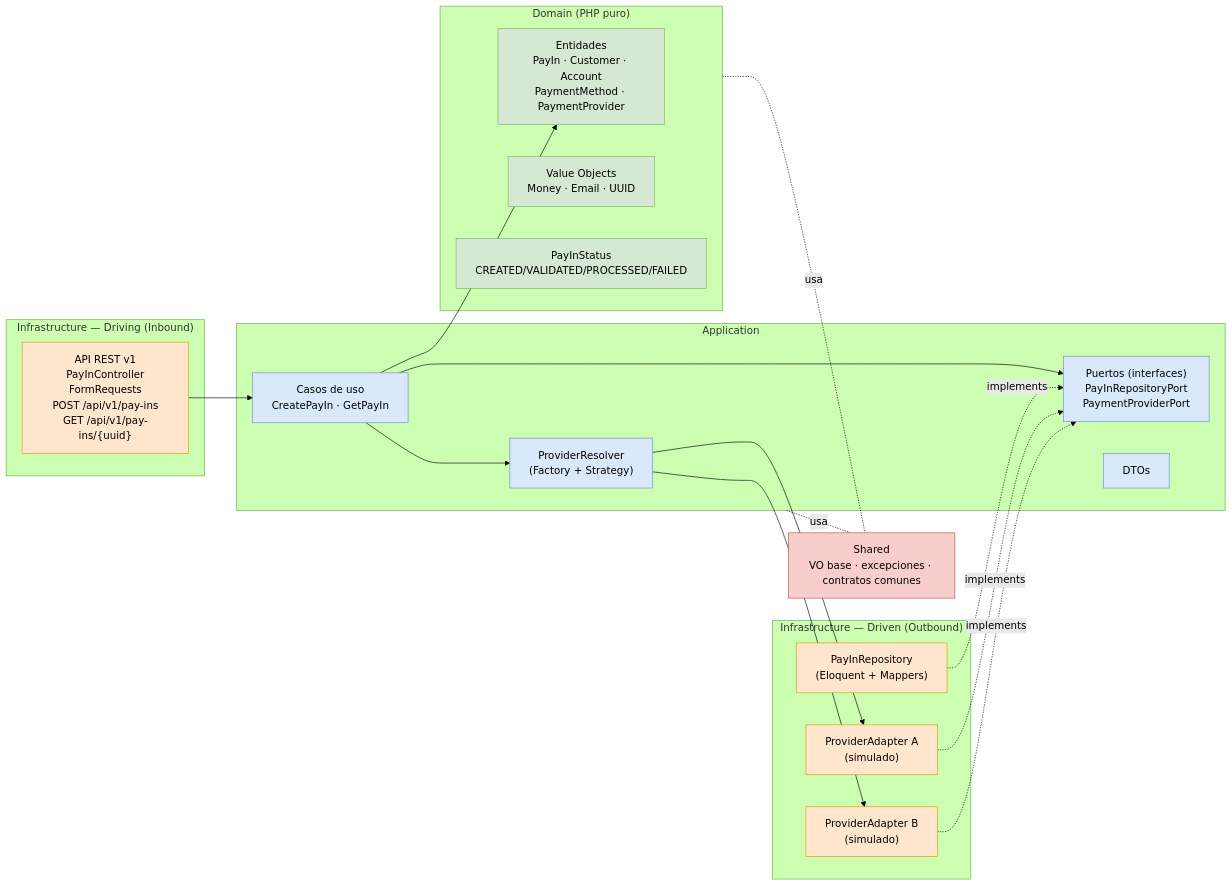
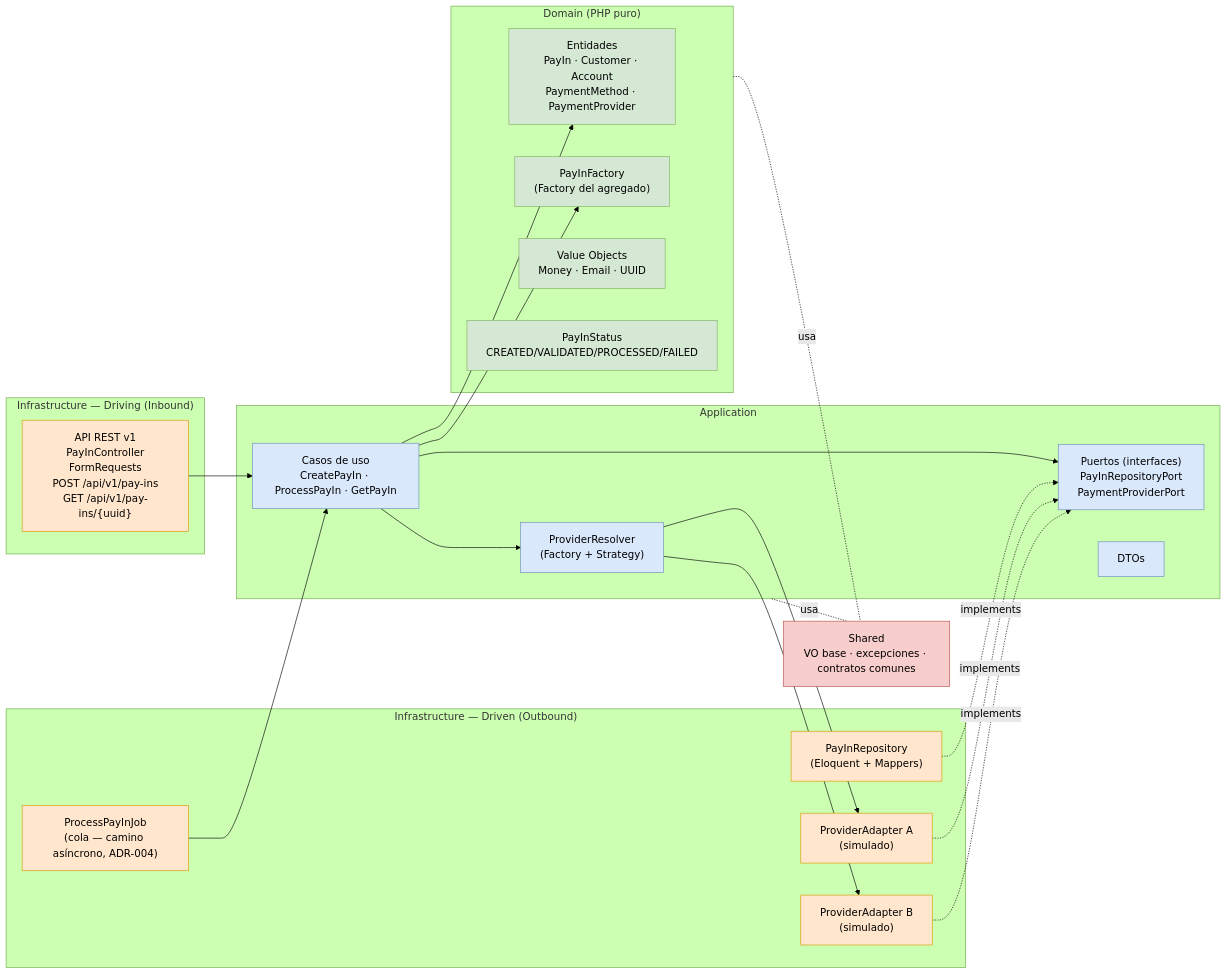
Before and after one commit to anheru88/Revolutiva-Challenge: the diagram in docs/diagrams/architecture.md, drawn with Mermaid (forest theme). The commit also changed other lines of this file and 5 other files, not shown here.

First line of the commit message:
docs: record ADR-010 and ADR-011, refresh diagrams and Pest output

````diff
--- a/docs/diagrams/architecture.md
+++ b/docs/diagrams/architecture.md
@@ -5,49 +5,53 @@
 ```mermaid
 flowchart LR
     subgraph IN["Infrastructure — Driving (Inbound)"]
         API["API REST v1<br/>PayInController<br/>FormRequests<br/>POST /api/v1/pay-ins<br/>GET /api/v1/pay-ins/{uuid}"]
     end
 
     subgraph APP["Application"]
-        UC["Casos de uso<br/>CreatePayIn · GetPayIn"]
+        UC["Casos de uso<br/>CreatePayIn · ProcessPayIn · GetPayIn"]
         PORTS["Puertos (interfaces)<br/>PayInRepositoryPort<br/>PaymentProviderPort"]
         RES["ProviderResolver<br/>(Factory + Strategy)"]
         DTO["DTOs"]
     end
 
     subgraph DOM["Domain (PHP puro)"]
         ENT["Entidades<br/>PayIn · Customer · Account<br/>PaymentMethod · PaymentProvider"]
+        FAC["PayInFactory<br/>(Factory del agregado)"]
         VO["Value Objects<br/>Money · Email · UUID"]
         ST["PayInStatus<br/>CREATED/VALIDATED/PROCESSED/FAILED"]
     end
 
     subgraph OUT["Infrastructure — Driven (Outbound)"]
         REPO["PayInRepository<br/>(Eloquent + Mappers)"]
         ADPA["ProviderAdapter A<br/>(simulado)"]
         ADPB["ProviderAdapter B<br/>(simulado)"]
+        JOB["ProcessPayInJob<br/>(cola — camino asíncrono, ADR-004)"]
     end
 
     SHARED["Shared<br/>VO base · excepciones · contratos comunes"]
 
     API --> UC
+    JOB --> UC
     UC --> ENT
+    UC --> FAC
     UC --> PORTS
     UC --> RES
     RES --> ADPA
     RES --> ADPB
     REPO -. implements .-> PORTS
     ADPA -. implements .-> PORTS
     ADPB -. implements .-> PORTS
 
     DOM -. usa .- SHARED
     APP -. usa .- SHARED
 
     classDef domain fill:#d5e8d4,stroke:#82b366;
     classDef app fill:#dae8fc,stroke:#6c8ebf;
     classDef infra fill:#ffe6cc,stroke:#d79b00;
     classDef shared fill:#f8cecc,stroke:#b85450;
-    class ENT,VO,ST domain;
+    class ENT,FAC,VO,ST domain;
     class UC,PORTS,RES,DTO app;
-    class API,REPO,ADPA,ADPB infra;
+    class API,REPO,ADPA,ADPB,JOB infra;
     class SHARED shared;
 ```
````
